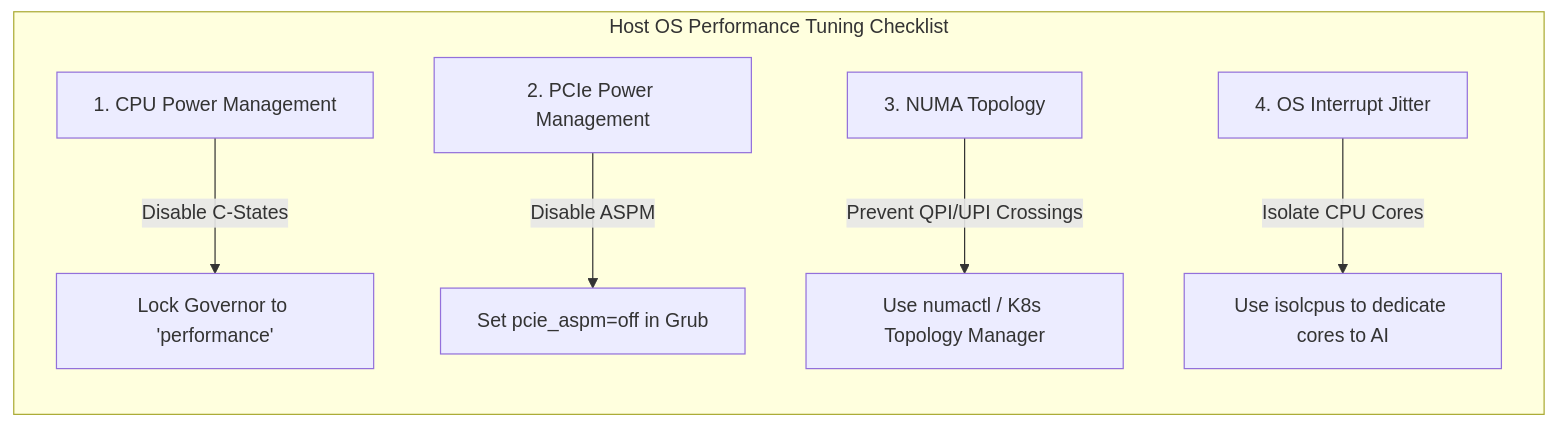
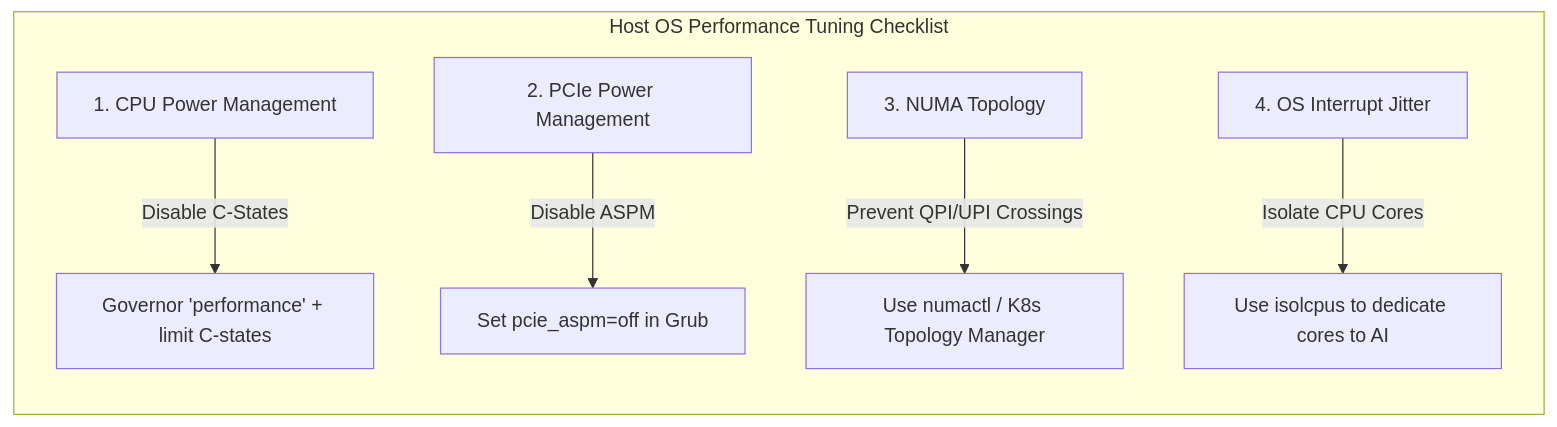
The diagram in docs/nvidia-zero-to-hero/volume-17/chapter-10-system-level-performance-tuning.md (jithinpnjm/nvidia-devops), drawn with Mermaid before and after one commit. The commit also changed other lines of this file and 289 other files, not shown here.

````diff
--- a/docs/nvidia-zero-to-hero/volume-17/chapter-10-system-level-performance-tuning.md
+++ b/docs/nvidia-zero-to-hero/volume-17/chapter-10-system-level-performance-tuning.md
@@ -95,11 +95,11 @@
 ```mermaid
 flowchart TD
     subgraph System_Level_Tuning["Host OS Performance Tuning Checklist"]
         direction TB
         
-        S1["1. CPU Power Management"] -->|Disable C-States| Fix1["Lock Governor to 'performance'"]
+        S1["1. CPU Power Management"] -->|Disable C-States| Fix1["Governor 'performance' + limit C-states"]
         S2["2. PCIe Power Management"] -->|Disable ASPM| Fix2["Set pcie_aspm=off in Grub"]
         S3["3. NUMA Topology"] -->|Prevent QPI/UPI Crossings| Fix3["Use numactl / K8s Topology Manager"]
         S4["4. OS Interrupt Jitter"] -->|Isolate CPU Cores| Fix4["Use isolcpus to dedicate cores to AI"]
     end
 ```
````
